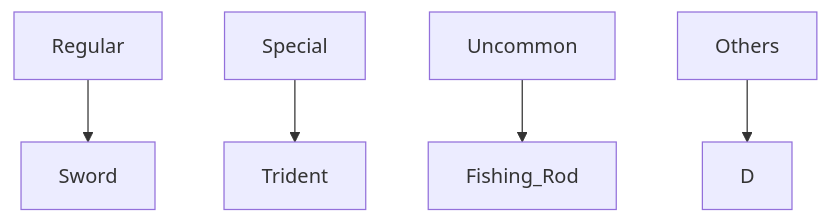
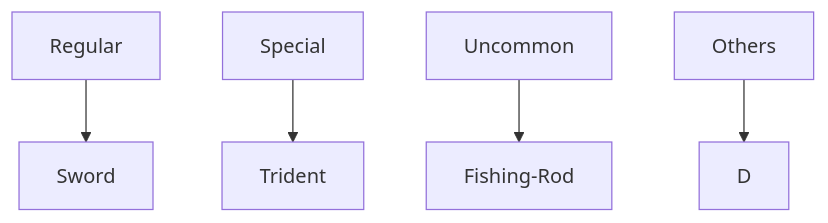
The diagram in Production☪️.md (ColziandKing/RSCUniverse), drawn with Mermaid before and after one commit.

````diff
--- a/Production☪️.md
+++ b/Production☪️.md
@@ -17,7 +17,7 @@
 ```mermaid
 graph TD;
     Regular-->Sword;
     Special-->Trident;
-    Uncommon-->Fishing_Rod;
+    Uncommon-->Fishing-Rod;
     Others-->D;
 ```
````
